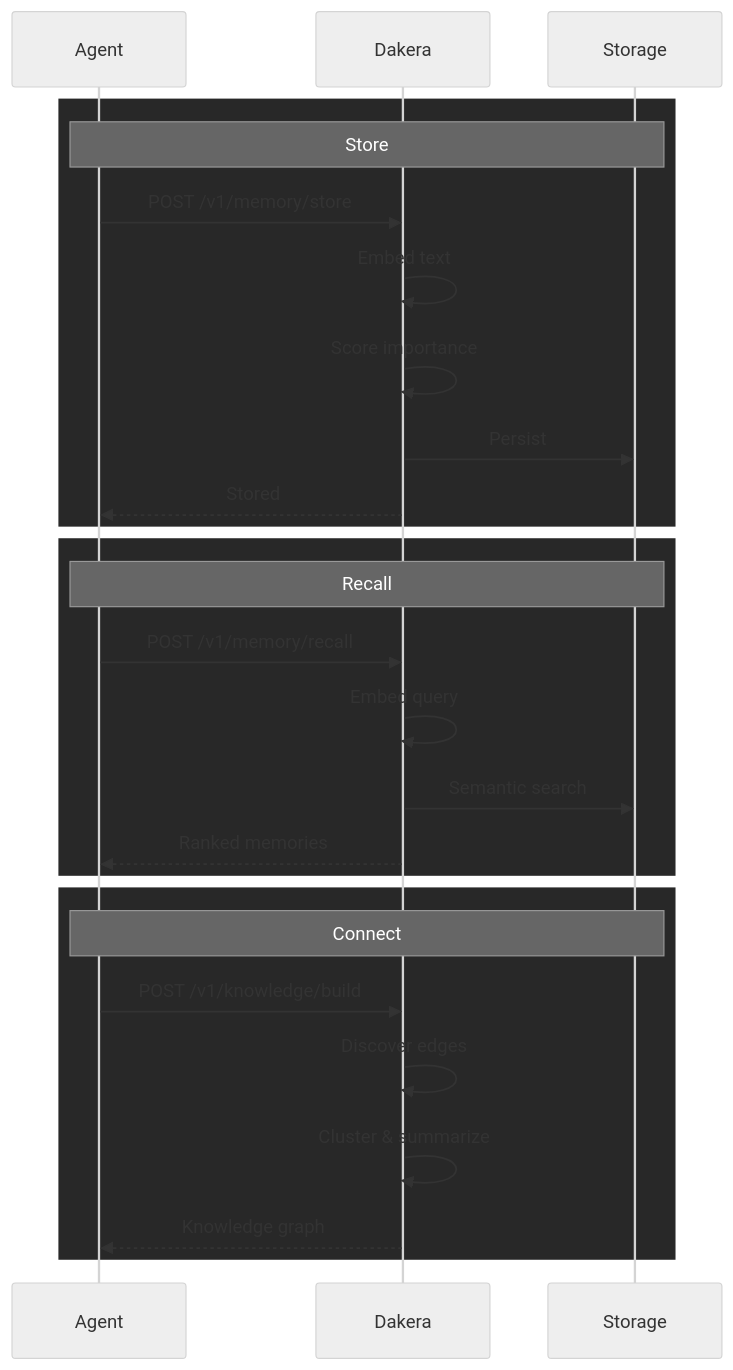
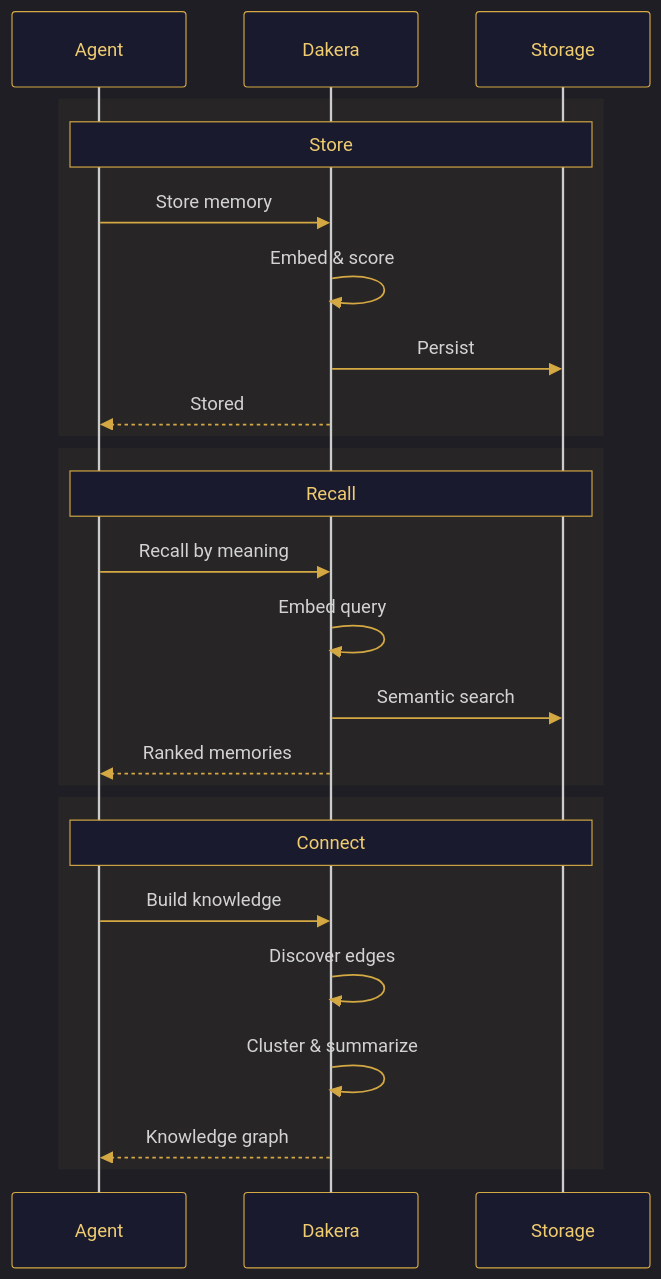
One commit to Dakera-AI/.github changed the fifth of 5 diagrams in profile/README.md. Above: the diagram before and after it, drawn with Mermaid. The commit also changed other lines of this file and 2 other files, not shown here.

First line of the commit message:
refactor: add brand logo, apply dark/gold theme, remove premature details

````diff
--- a/profile/README.md
+++ b/profile/README.md
@@ -215,32 +197,31 @@
 ```mermaid
-%%{init: {'theme': 'neutral', 'themeVariables': { 'fontSize': '13px' }}}%%
+%%{init: {'theme': 'dark', 'themeVariables': { 'fontSize': '13px', 'primaryColor': '#1a1a2e', 'primaryTextColor': '#f8f8f8', 'primaryBorderColor': '#D4A843', 'lineColor': '#D4A843', 'actorTextColor': '#f0cc70', 'actorBorder': '#D4A843', 'actorBkg': '#1a1a2e', 'activationBorderColor': '#D4A843', 'signalColor': '#D4A843', 'noteBkgColor': '#1a1a2e', 'noteTextColor': '#f0cc70', 'noteBorderColor': '#D4A843' }}}%%
 sequenceDiagram
     participant Agent
     participant Dakera
     participant Storage
 
-    rect rgb(40, 40, 40)
+    rect rgba(212, 168, 67, 0.05)
         Note over Agent,Storage: Store
-        Agent->>Dakera: POST /v1/memory/store
-        Dakera->>Dakera: Embed text
-        Dakera->>Dakera: Score importance
+        Agent->>Dakera: Store memory
+        Dakera->>Dakera: Embed & score
         Dakera->>Storage: Persist
         Dakera-->>Agent: Stored
     end
 
-    rect rgb(40, 40, 40)
+    rect rgba(212, 168, 67, 0.05)
         Note over Agent,Storage: Recall
-        Agent->>Dakera: POST /v1/memory/recall
+        Agent->>Dakera: Recall by meaning
         Dakera->>Dakera: Embed query
         Dakera->>Storage: Semantic search
         Dakera-->>Agent: Ranked memories
     end
 
-    rect rgb(40, 40, 40)
+    rect rgba(212, 168, 67, 0.05)
         Note over Agent,Storage: Connect
-        Agent->>Dakera: POST /v1/knowledge/build
+        Agent->>Dakera: Build knowledge
         Dakera->>Dakera: Discover edges
         Dakera->>Dakera: Cluster & summarize
         Dakera-->>Agent: Knowledge graph
     end
 ```
````
